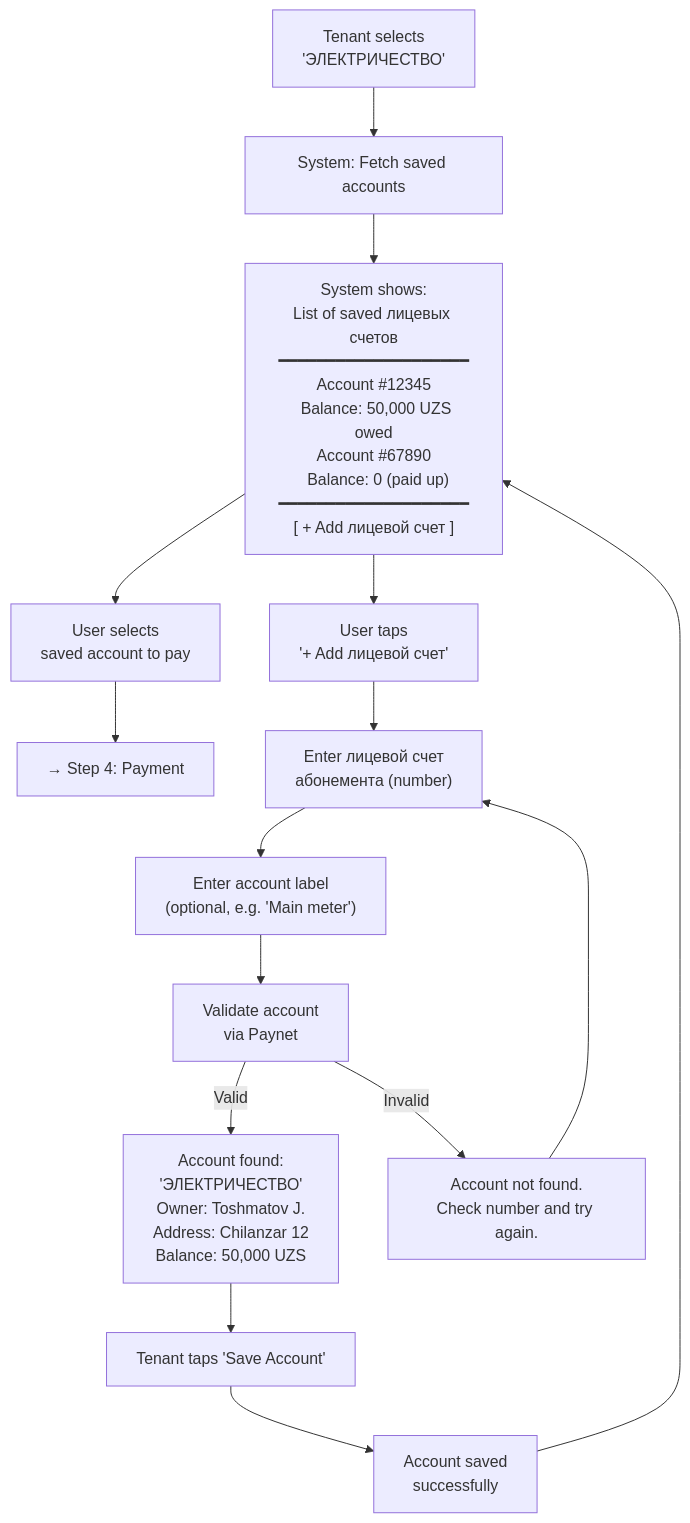
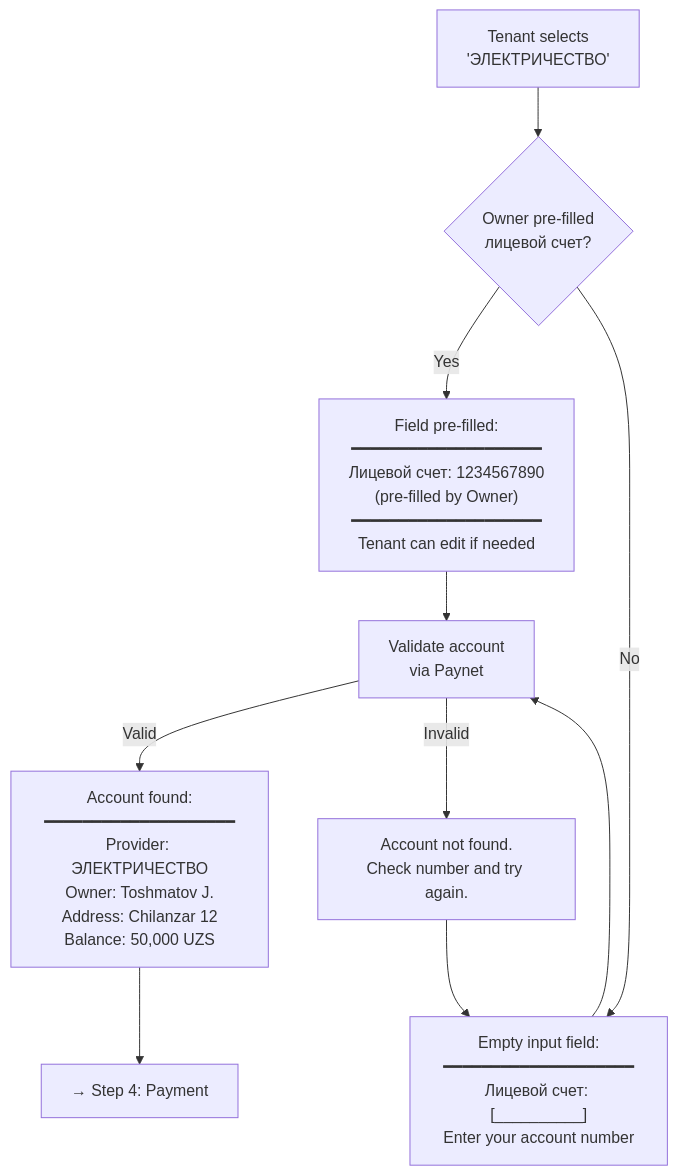
The fourth of 11 diagrams in utilities-payment-userflow.md (saodatm-dev/Utilities---Informational-Architecture), drawn with Mermaid before and after one commit. The commit also changed other lines of this file, not shown here.

Commit message:
refactor: Streamline utility payment flow by removing saved accounts list and adding owner pre-fill for account numbers.

````diff
--- a/utilities-payment-userflow.md
+++ b/utilities-payment-userflow.md
@@ -132,24 +128,17 @@
 ```mermaid
 flowchart TD
-    PROV["Tenant selects<br/>'ЭЛЕКТРИЧЕСТВО'"] --> FETCH["System: Fetch saved accounts"]
+    PROV["Tenant selects<br/>'ЭЛЕКТРИЧЕСТВО'"] --> CHECK{"Owner pre-filled<br/>лицевой счет?"}
 
-    FETCH --> LIST_SCREEN["System shows:<br/>List of saved лицевых счетов<br/>━━━━━━━━━━━━━━━━━━━━<br/>Account #12345<br/>  Balance: 50,000 UZS owed<br/>Account #67890<br/>  Balance: 0 (paid up)<br/>━━━━━━━━━━━━━━━━━━━━<br/>[ + Add лицевой счет ]"]
+    CHECK -->|"Yes"| PREFILLED["Field pre-filled:<br/>━━━━━━━━━━━━━━━━━━━━<br/>Лицевой счет: 1234567890<br/>(pre-filled by Owner)<br/>━━━━━━━━━━━━━━━━━━━━<br/>Tenant can edit if needed"]
 
-    LIST_SCREEN --> SELECT_ACC["User selects<br/>saved account to pay"]
-    LIST_SCREEN --> ADD_FLOW["User taps<br/>'+ Add лицевой счет'"]
+    CHECK -->|"No"| EMPTY["Empty input field:<br/>━━━━━━━━━━━━━━━━━━━━<br/>Лицевой счет: [__________]<br/>Enter your account number"]
 
-    SELECT_ACC --> NEXT["→ Step 4: Payment"]
+    PREFILLED --> VALIDATE["Validate account<br/>via Paynet"]
+    EMPTY --> VALIDATE
 
-    ADD_FLOW --> INPUT["Enter лицевой счет<br/>абонемента (number)"]
-    INPUT --> LABEL["Enter account label<br/>(optional, e.g. 'Main meter')"]
-    LABEL --> VALIDATE["Validate account<br/>via Paynet"]
+    VALIDATE -->|"Valid"| FOUND["Account found:<br/>━━━━━━━━━━━━━━━━━━━━<br/>Provider: ЭЛЕКТРИЧЕСТВО<br/>Owner: Toshmatov J.<br/>Address: Chilanzar 12<br/>Balance: 50,000 UZS"]
+    VALIDATE -->|"Invalid"| NOTFOUND["Account not found.<br/>Check number and try again."]
+    NOTFOUND --> EMPTY
 
-    VALIDATE -->|"Valid"| FOUND["Account found:<br/>'ЭЛЕКТРИЧЕСТВО'<br/>Owner: Toshmatov J.<br/>Address: Chilanzar 12<br/>Balance: 50,000 UZS"]
-    VALIDATE -->|"Invalid"| NOTFOUND["Account not found.<br/>Check number and try again."]
-    NOTFOUND --> INPUT
-
-    FOUND --> SAVE_BTN["Tenant taps 'Save Account'"]
-    SAVE_BTN --> SAVED["Account saved<br/>successfully"]
-    SAVED --> LIST_SCREEN
-
+    FOUND --> NEXT["→ Step 4: Payment"]
 ```
````
